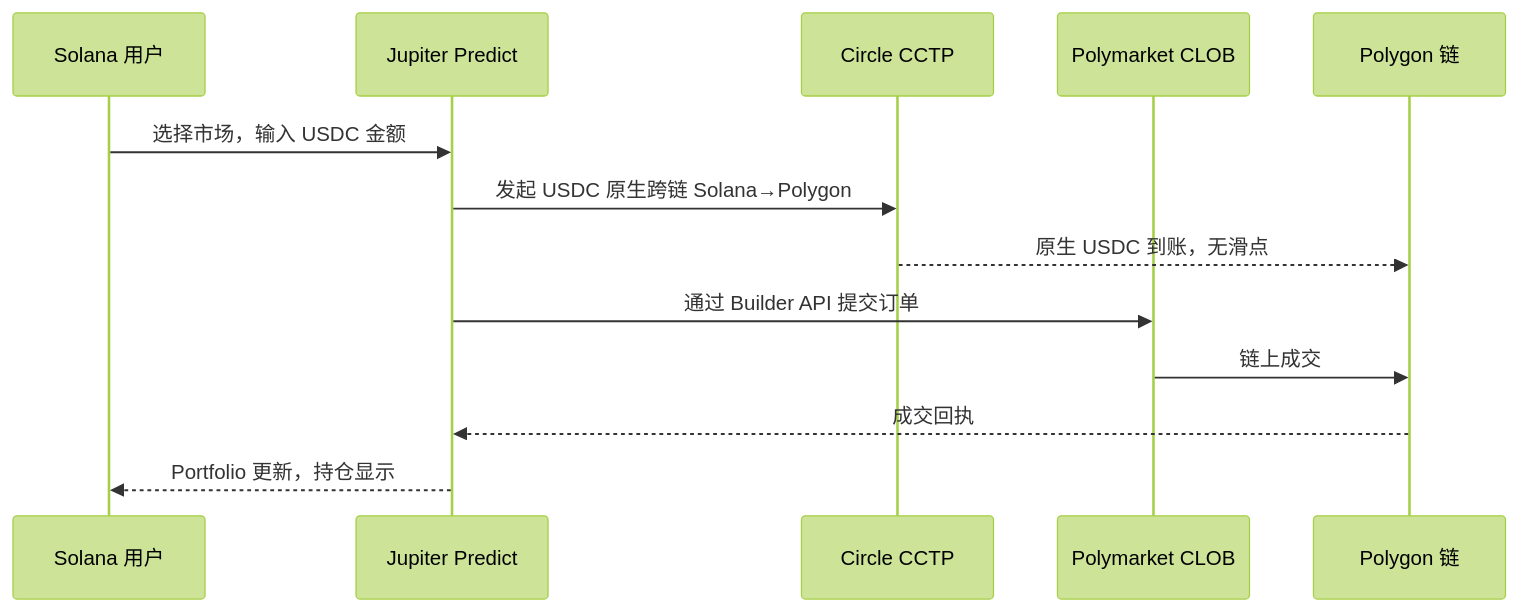
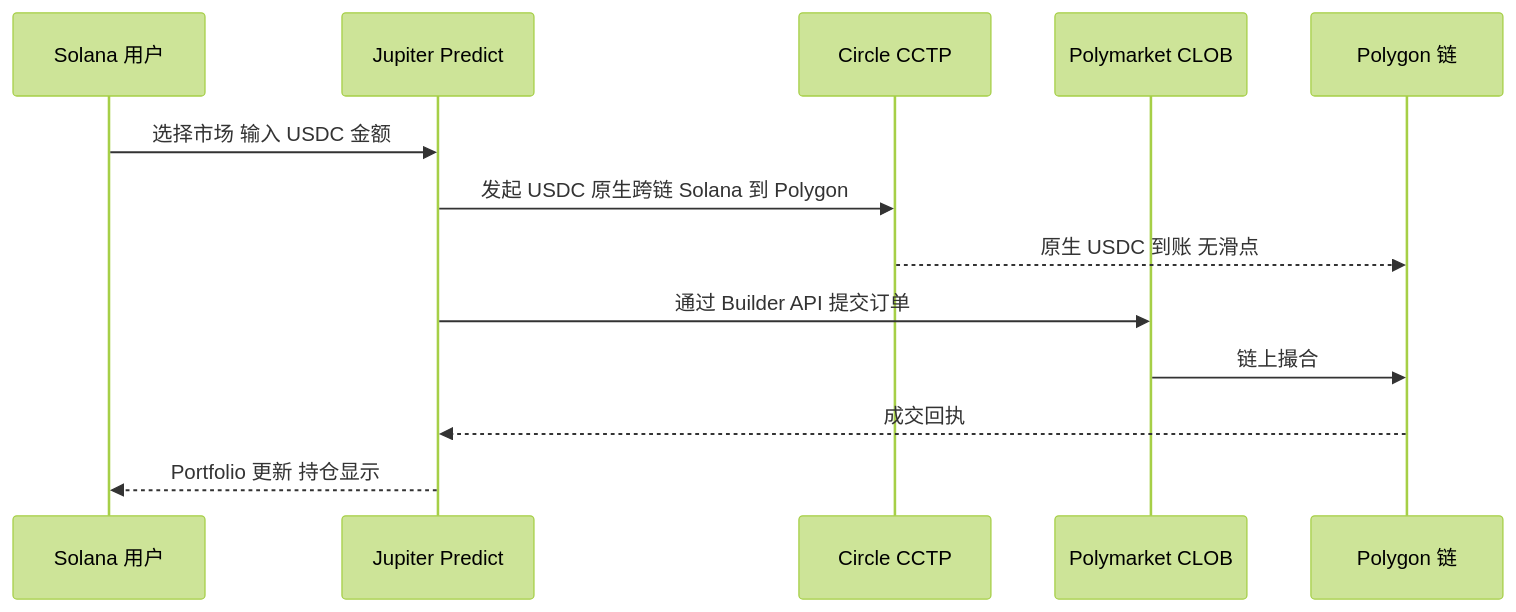
Before and after one commit to survivorff/polymarket_research: the eighth of 11 diagrams in research/11_jupiter/analysis.md, drawn with Mermaid (forest theme). The commit also changed other lines of this file and 11 other files, not shown here.

First line of the commit message:
feat: 补充全平台详细 UX 流程图（注册/入金/交易/提现/领奖）

````diff
--- a/research/11_jupiter/analysis.md
+++ b/research/11_jupiter/analysis.md
@@ -67,16 +185,16 @@
 ```mermaid
 sequenceDiagram
     participant U as Solana 用户
     participant J as Jupiter Predict
     participant CCTP as Circle CCTP
     participant P as Polymarket CLOB
     participant PG as Polygon 链
 
-    U->>J: 选择市场，输入 USDC 金额
-    J->>CCTP: 发起 USDC 原生跨链 Solana→Polygon
-    CCTP-->>PG: 原生 USDC 到账，无滑点
+    U->>J: 选择市场 输入 USDC 金额
+    J->>CCTP: 发起 USDC 原生跨链 Solana 到 Polygon
+    CCTP-->>PG: 原生 USDC 到账 无滑点
     J->>P: 通过 Builder API 提交订单
-    P->>PG: 链上成交
+    P->>PG: 链上撮合
     PG-->>J: 成交回执
-    J-->>U: Portfolio 更新，持仓显示
+    J-->>U: Portfolio 更新 持仓显示
 ```
````
